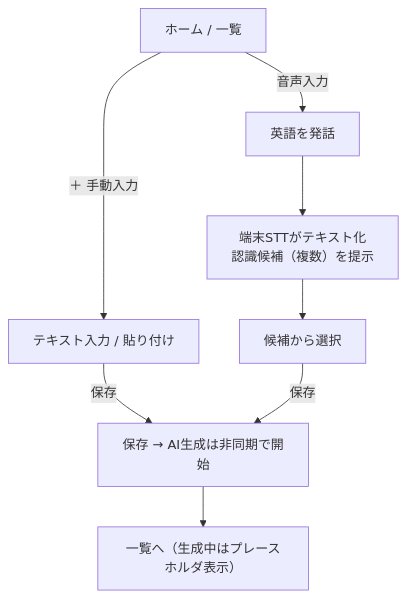
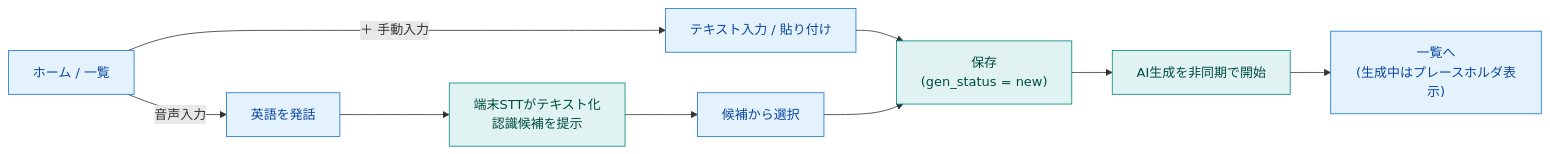
Before and after one commit to komikonkon/Rakuku: the fourth of 5 diagrams in docs/screen-flow.md, drawn with Mermaid. The commit also changed other lines of this file and 1 other file, not shown here.

First line of the commit message:
Improve diagrams: color-coding, fewer line crossings, review-friendly layout

````diff
--- a/docs/screen-flow.md
+++ b/docs/screen-flow.md
@@ -66,11 +89,13 @@
 ```mermaid
-flowchart TD
-    Home["ホーム / 一覧"] -->|＋ 手動入力| Manual["テキスト入力 / 貼り付け"]
-    Manual -->|保存| Save["保存 → AI生成は非同期で開始"]
+flowchart LR
+    Home["ホーム / 一覧"]:::screen -->|＋ 手動入力| Manual["テキスト入力 / 貼り付け"]:::screen
+    Home -->|音声入力| Speak["英語を発話"]:::screen
 
-    Home -->|音声入力| Speak["英語を発話"]
-    Speak --> STT["端末STTがテキスト化<br/>認識候補（複数）を提示"]
-    STT --> Pick["候補から選択"]
-    Pick -->|保存| Save
-    Save --> Back["一覧へ（生成中はプレースホルダ表示）"]
+    Manual --> Save["保存<br/>(gen_status = new)"]:::proc
+    Speak --> STT["端末STTがテキスト化<br/>認識候補を提示"]:::proc --> Pick["候補から選択"]:::screen --> Save
+
+    Save --> Gen["AI生成を非同期で開始"]:::proc --> Back["一覧へ<br/>(生成中はプレースホルダ表示)"]:::screen
+
+    classDef screen fill:#E3F2FD,stroke:#1976D2,color:#0D47A1;
+    classDef proc   fill:#E0F2F1,stroke:#00897B,color:#004D40;
 ```
````
